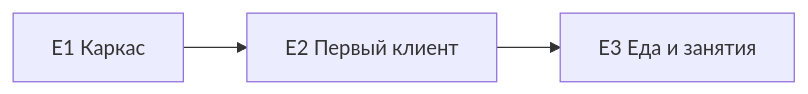
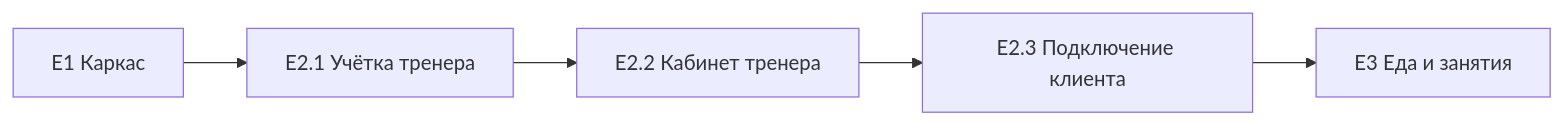
Before and after one commit to pycoder-code/trenly-ai: the diagram in docs/business/roadmap.md, drawn with Mermaid. The commit also changed other lines of this file and 12 other files, not shown here.

Commit message:
Уточнение flow

````diff
--- a/docs/business/roadmap.md
+++ b/docs/business/roadmap.md
@@ -37,5 +51,7 @@
 ```mermaid
 flowchart LR
-    E1[E1 Каркас] --> E2[E2 Первый клиент]
-    E2 --> E3[E3 Еда и занятия]
+    E1[E1 Каркас] --> E21[E2.1 Учётка тренера]
+    E21 --> E22[E2.2 Кабинет тренера]
+    E22 --> E23[E2.3 Подключение клиента]
+    E23 --> E3[E3 Еда и занятия]
 ```
````
